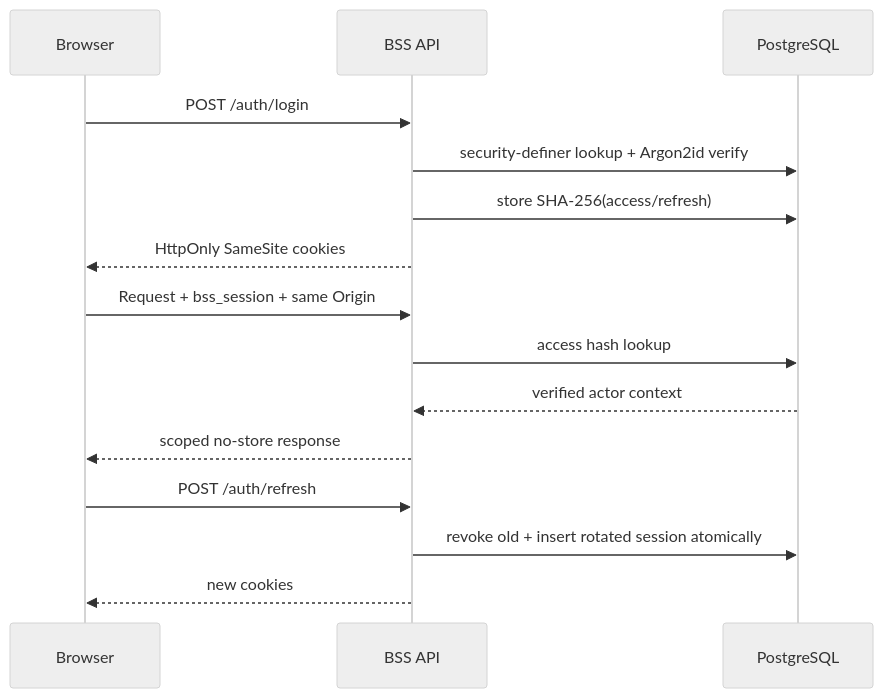
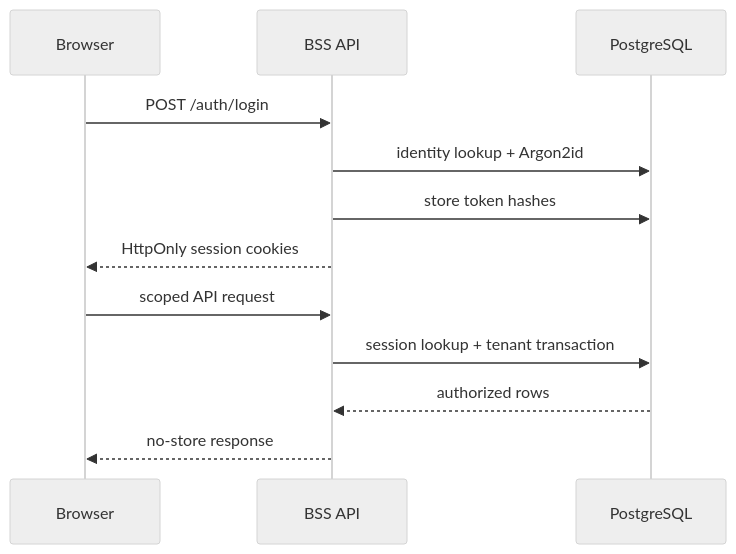
The second of 2 diagrams in BACKEND_ARCHITECTURE.md (tgervasius-lgtm/MVP-BSS), drawn with Mermaid (neutral theme) before and after one commit. The commit also changed other lines of this file and 46 other files, not shown here.

````diff
--- a/BACKEND_ARCHITECTURE.md
+++ b/BACKEND_ARCHITECTURE.md
@@ -82,17 +54,14 @@
 ```mermaid
 sequenceDiagram
     participant B as Browser
     participant A as BSS API
-    participant D as PostgreSQL
+    participant P as PostgreSQL
     B->>A: POST /auth/login
-    A->>D: security-definer lookup + Argon2id verify
-    A->>D: store SHA-256(access/refresh)
-    A-->>B: HttpOnly SameSite cookies
-    B->>A: Request + bss_session + same Origin
-    A->>D: access hash lookup
-    D-->>A: verified actor context
-    A-->>B: scoped no-store response
-    B->>A: POST /auth/refresh
-    A->>D: revoke old + insert rotated session atomically
-    A-->>B: new cookies
+    A->>P: identity lookup + Argon2id
+    A->>P: store token hashes
+    A-->>B: HttpOnly session cookies
+    B->>A: scoped API request
+    A->>P: session lookup + tenant transaction
+    P-->>A: authorized rows
+    A-->>B: no-store response
 ```
````
